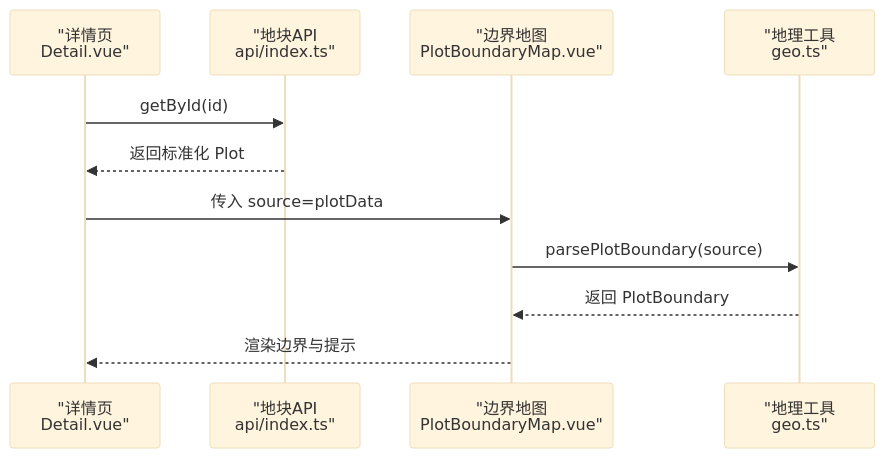
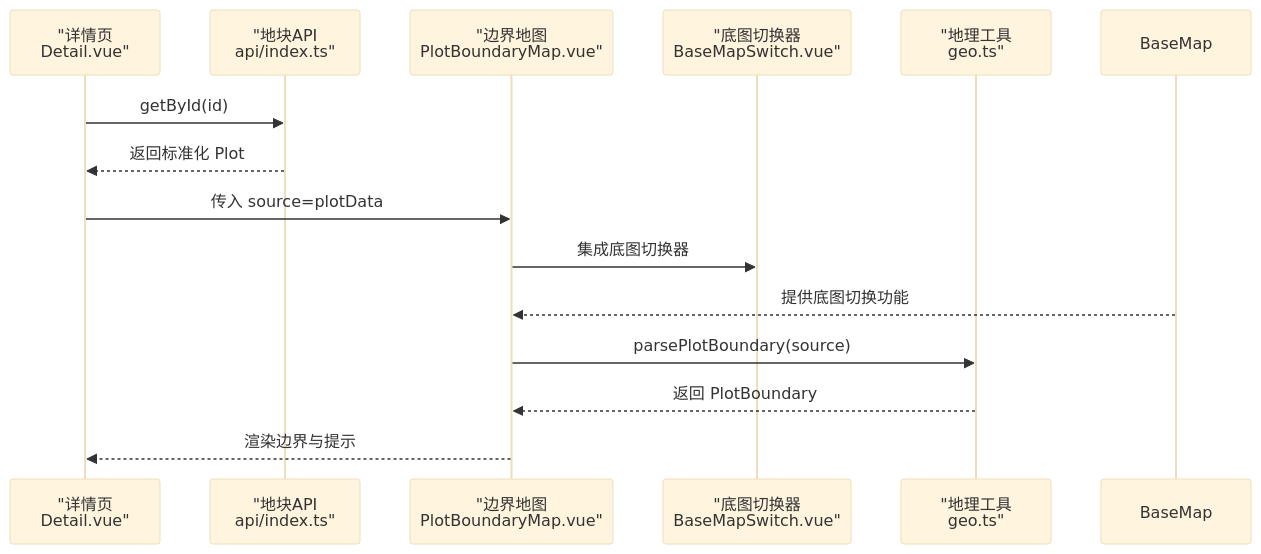
Before and after one commit to q446328246/agri-platform: the fourth of 13 diagrams in .qoder/repowiki/zh/content/前端应用文档/核心页面/地块管理页面/地块管理页面.md, drawn with Mermaid (base theme). The commit also changed other lines of this file and 48 other files, not shown here.

````diff
--- a/.qoder/repowiki/zh/content/前端应用文档/核心页面/地块管理页面/地块管理页面.md
+++ b/.qoder/repowiki/zh/content/前端应用文档/核心页面/地块管理页面/地块管理页面.md
@@ -260,13 +293,16 @@
 ```mermaid
 sequenceDiagram
 participant Detail as "详情页<br/>Detail.vue"
 participant Api as "地块API<br/>api/index.ts"
 participant Map as "边界地图<br/>PlotBoundaryMap.vue"
+participant BaseMapSwitch as "底图切换器<br/>BaseMapSwitch.vue"
 participant Utils as "地理工具<br/>geo.ts"
 Detail->>Api : getById(id)
 Api-->>Detail : 返回标准化 Plot
 Detail->>Map : 传入 source=plotData
+Map->>BaseMapSwitch : 集成底图切换器
+BaseMap-->>Map : 提供底图切换功能
 Map->>Utils : parsePlotBoundary(source)
 Utils-->>Map : 返回 PlotBoundary
 Map-->>Detail : 渲染边界与提示
 ```
````
